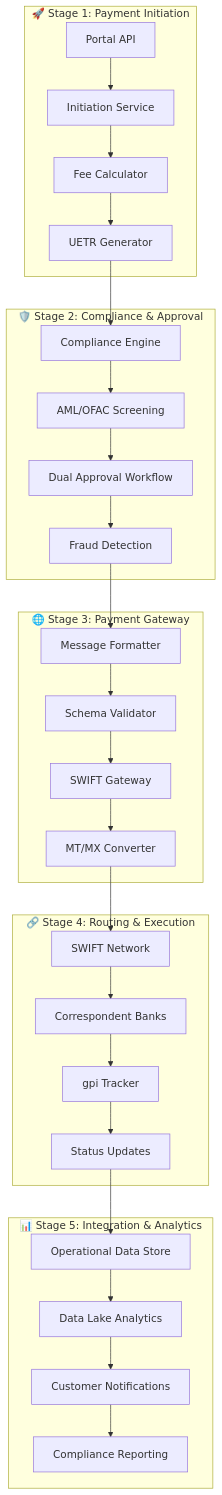
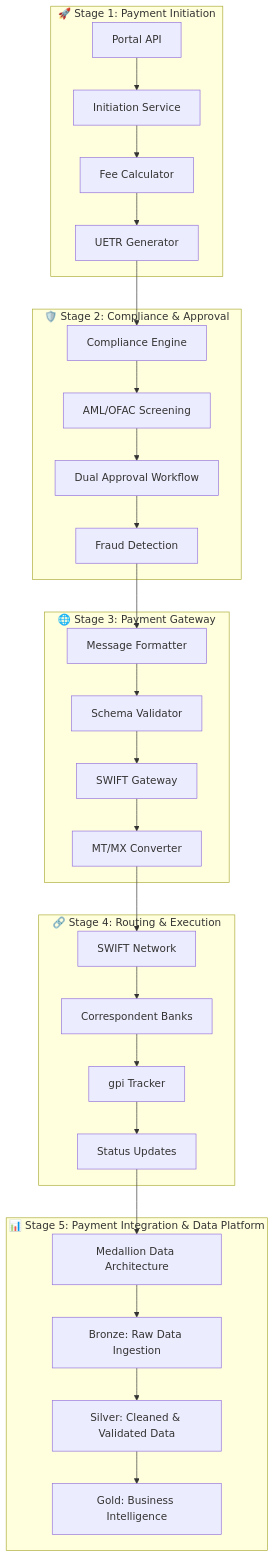
One commit to calvinlee999/FinTech_Payment_Evolution changed the first of 3 diagrams in README.md. Above: the diagram before and after it, drawn with Mermaid. The commit also changed other lines of this file, not shown here.

First line of the commit message:
Enhance Stage 5 with Azure-focused Medallion Data Architecture

````diff
--- a/README.md
+++ b/README.md
@@ -21,43 +21,43 @@
 ```mermaid
 graph TB
     subgraph "🚀 Stage 1: Payment Initiation"
         A1[Portal API] 
         A2[Initiation Service]
         A3[Fee Calculator]
         A4[UETR Generator]
     end
 
     subgraph "🛡️ Stage 2: Compliance & Approval"
         B1[Compliance Engine]
         B2[AML/OFAC Screening]
         B3[Dual Approval Workflow]
         B4[Fraud Detection]
     end
 
     subgraph "🌐 Stage 3: Payment Gateway"
         C1[Message Formatter]
         C2[Schema Validator]
         C3[SWIFT Gateway]
         C4[MT/MX Converter]
     end
 
     subgraph "🔗 Stage 4: Routing & Execution"
         D1[SWIFT Network]
         D2[Correspondent Banks]
         D3[gpi Tracker]
         D4[Status Updates]
     end
 
-    subgraph "📊 Stage 5: Integration & Analytics"
-        E1[Operational Data Store]
-        E2[Data Lake Analytics]
-        E3[Customer Notifications]
-        E4[Compliance Reporting]
+    subgraph "📊 Stage 5: Payment Integration & Data Platform"
+        E1[Medallion Data Architecture]
+        E2[Bronze: Raw Data Ingestion]
+        E3[Silver: Cleaned & Validated Data]
+        E4[Gold: Business Intelligence]
     end
 
     A1 --> A2 --> A3 --> A4
     A4 --> B1 --> B2 --> B3 --> B4
     B4 --> C1 --> C2 --> C3 --> C4
     C4 --> D1 --> D2 --> D3 --> D4
     D4 --> E1 --> E2 --> E3 --> E4
 ```
````
